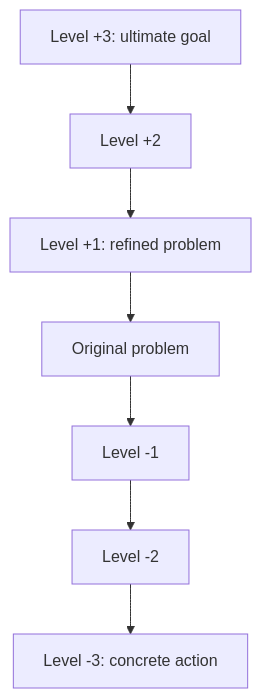
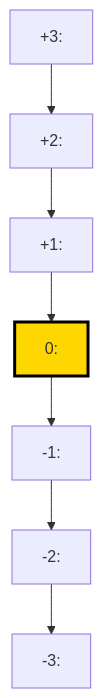
One commit to bajpainaman/solve changed the diagram in frameworks/abstraction-ladder.md. Above: the diagram before and after it, drawn with Mermaid. The commit also changed other lines of this file and 16 other files, not shown here.

````diff
--- a/frameworks/abstraction-ladder.md
+++ b/frameworks/abstraction-ladder.md
@@ -18,11 +313,13 @@
 ```mermaid
 graph TD
-  L3[Level +3: ultimate goal]
-  L2[Level +2]
-  L1[Level +1: refined problem]
-  P[Original problem]
-  D1[Level -1]
-  D2[Level -2]
-  D3[Level -3: concrete action]
-  L3 --> L2 --> L1 --> P --> D1 --> D2 --> D3
+  R3["+3: <strategic why>"]
+  R2["+2: <why-of-why>"]
+  R1["+1: <immediate why>"]
+  R0["0: <submitted problem>"]
+  D1["-1: <immediate what>"]
+  D2["-2: <implementation choice>"]
+  D3["-3: <concrete action>"]
+  R3 --> R2 --> R1 --> R0 --> D1 --> D2 --> D3
+  classDef target fill:#ffd700,stroke:#000,stroke-width:3px;
+  class R0 target
 ```
````
